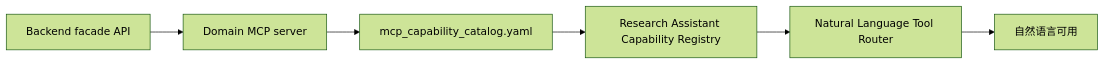
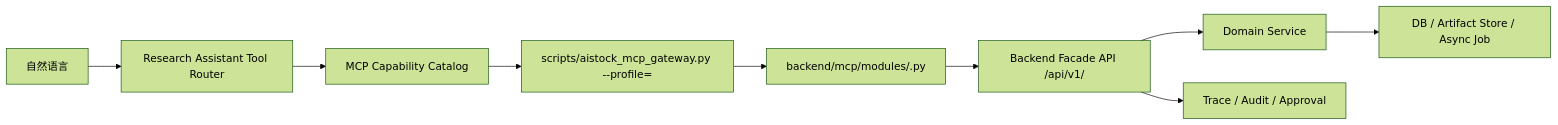
The second of 2 diagrams in docs/architecture/research_assistant_unified_mcp_natural_language_orchestration_design_20260527.md (licong01-cloud/AIstock), drawn with Mermaid (forest theme) before and after one commit. The commit also changed other lines of this file, not shown here.

Commit message:
docs(research-assistant): detail future MCP gateway modules

````diff
--- a/docs/architecture/research_assistant_unified_mcp_natural_language_orchestration_design_20260527.md
+++ b/docs/architecture/research_assistant_unified_mcp_natural_language_orchestration_design_20260527.md
@@ -370,8 +370,11 @@
 ```mermaid
 flowchart LR
-  API["Backend facade API"] --> MCP["Domain MCP server"]
-  MCP --> CAT["mcp_capability_catalog.yaml"]
-  CAT --> RA["Research Assistant Capability Registry"]
-  RA --> ROUTER["Natural Language Tool Router"]
-  ROUTER --> USER["自然语言可用"]
+  USER["自然语言"] --> RA["Research Assistant Tool Router"]
+  RA --> CAT["MCP Capability Catalog"]
+  CAT --> GW["scripts/aistock_mcp_gateway.py --profile=<domain>"]
+  GW --> MOD["backend/mcp/modules/<domain>.py"]
+  MOD --> API["Backend Facade API /api/v1/<domain>"]
+  API --> SVC["Domain Service"]
+  SVC --> DB["DB / Artifact Store / Async Job"]
+  API --> AUDIT["Trace / Audit / Approval"]
 ```
````
